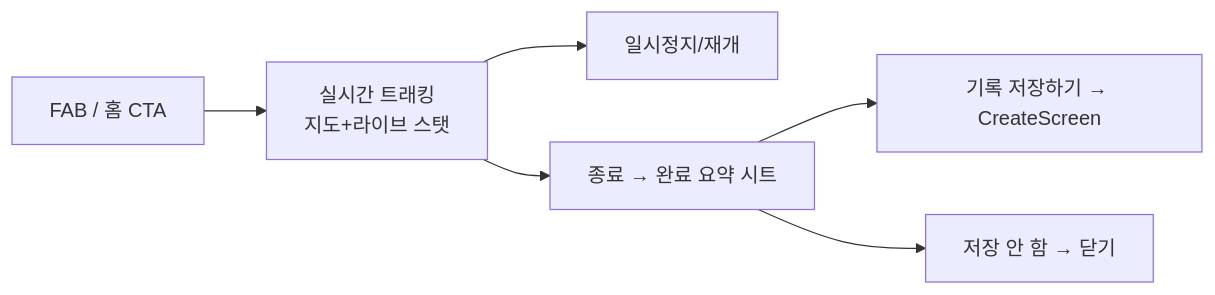
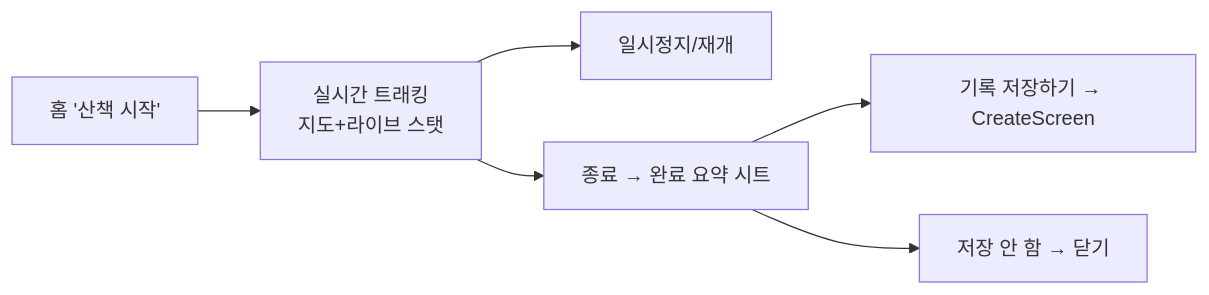
Before and after one commit to sanghyunbang/pawloop: the fifth of 8 diagrams in docs/01-design/information-architecture.md, drawn with Mermaid. The commit also changed other lines of this file and 10 other files, not shown here.

````diff
--- a/docs/01-design/information-architecture.md
+++ b/docs/01-design/information-architecture.md
@@ -149,8 +149,8 @@
 ```mermaid
 graph LR
-    FAB["FAB / 홈 CTA"] --> W["실시간 트래킹<br/>지도+라이브 스탯"]
+    CTA["홈 '산책 시작'"] --> W["실시간 트래킹<br/>지도+라이브 스탯"]
     W --> P["일시정지/재개"]
     W --> E["종료 → 완료 요약 시트"]
     E --> Save["기록 저장하기 → CreateScreen"]
     E --> Skip["저장 안 함 → 닫기"]
 ```
````
